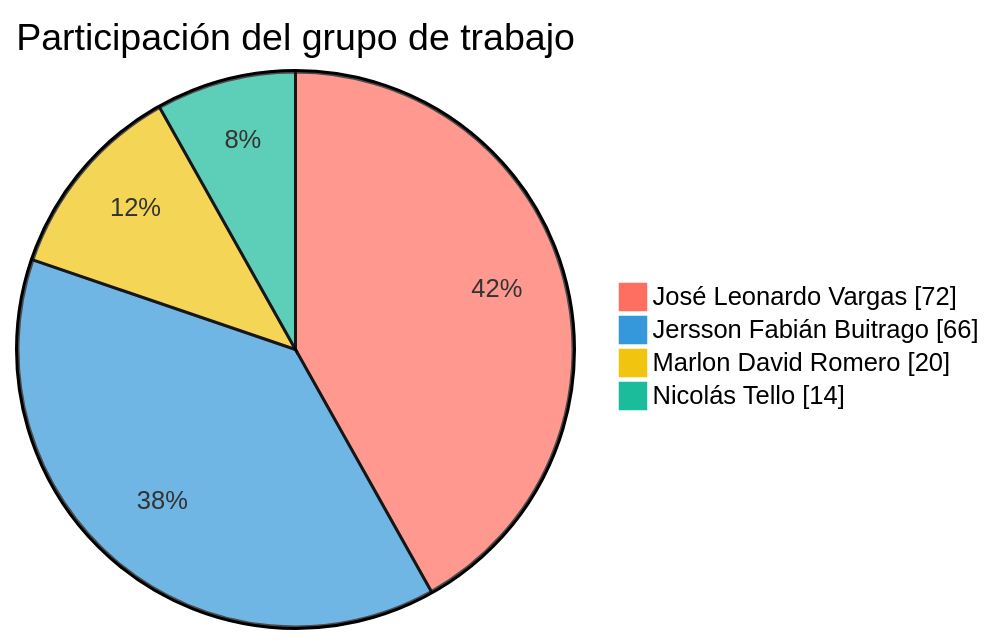
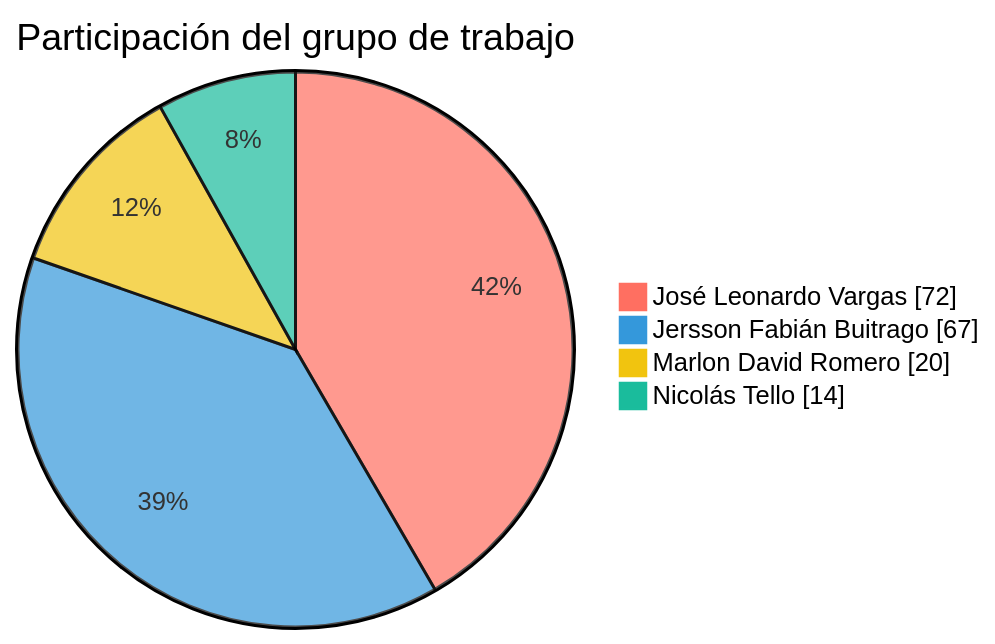
One commit to FarmaExpres/FarmaExpres changed the first of 2 diagrams in README.md. Above: the diagram before and after it, drawn with Mermaid. The commit also changed other lines of this file and 1 other file, not shown here.

````diff
--- a/README.md
+++ b/README.md
@@ -314,9 +314,9 @@
 ```mermaid
 %%{init: {"themeVariables": {"pie1": "#ff6f61", "pie2": "#3498db", "pie3": "#f1c40f", "pie4": "#1abc9c", "pieLabelColor": "#ffffff", "pieLabelFontSize": "18px"}}}%%
 pie showData
     title Participación del grupo de trabajo
     "José Leonardo Vargas" : 72
-    "Jersson Fabián Buitrago" : 66
+    "Jersson Fabián Buitrago" : 67
     "Marlon David Romero" : 20
     "Nicolás Tello" : 14
 ```
````
